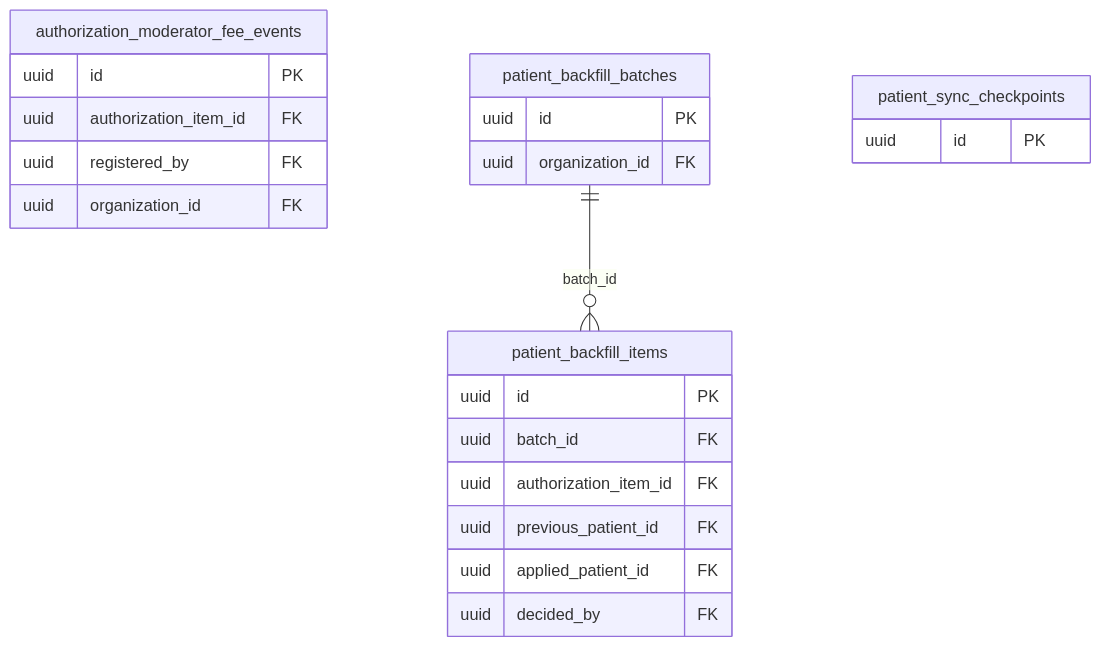
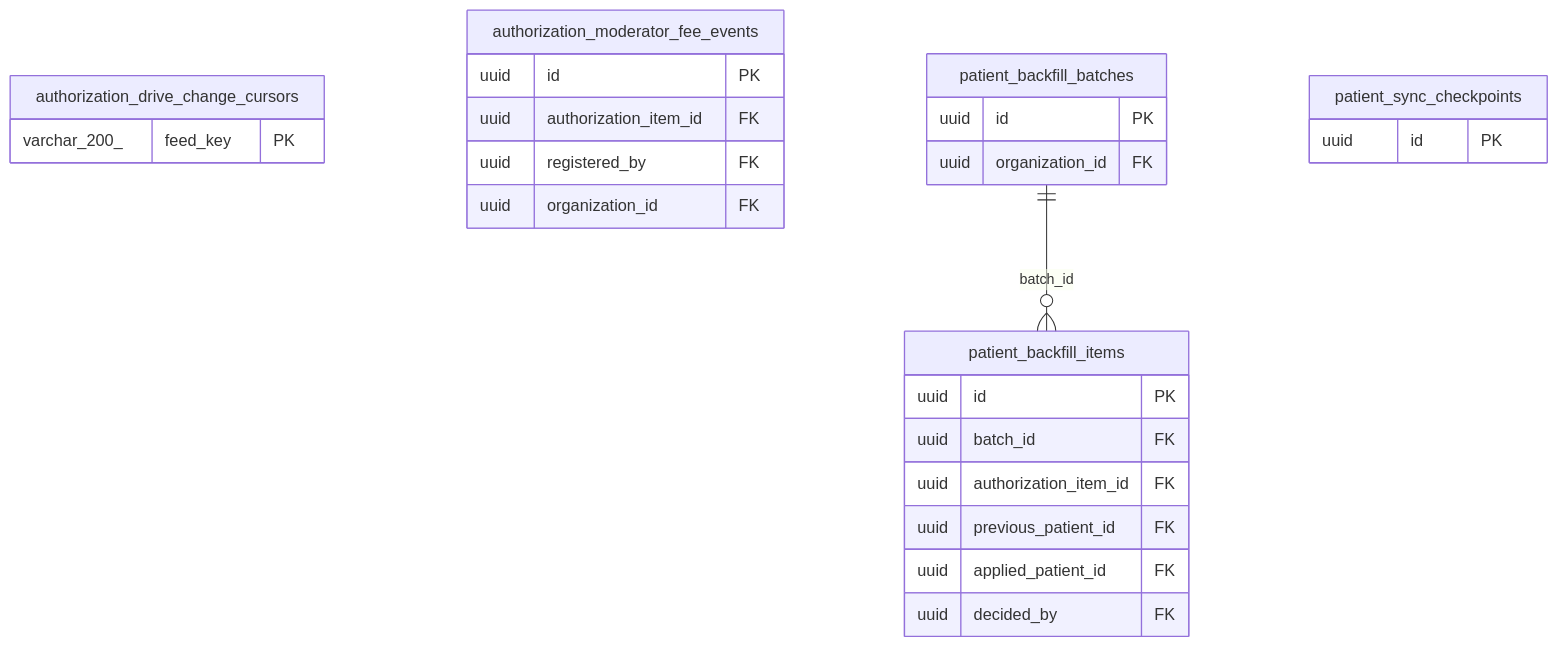
Before and after one commit to andresalvarezb/mtd-olp-medicarte: the diagram in docs/base-de-datos/diagramas/otros.mmd, drawn with Mermaid. The commit also changed 11 other files, not shown here.

```diff
--- a/docs/base-de-datos/diagramas/otros.mmd
+++ b/docs/base-de-datos/diagramas/otros.mmd
@@ -1,24 +1,27 @@
 erDiagram
+  authorization_drive_change_cursors {
+    varchar_200_ feed_key PK
+  }
   authorization_moderator_fee_events {
     uuid id PK
     uuid authorization_item_id FK
     uuid registered_by FK
     uuid organization_id FK
   }
   patient_backfill_batches {
     uuid id PK
     uuid organization_id FK
   }
   patient_backfill_items {
     uuid id PK
     uuid batch_id FK
     uuid authorization_item_id FK
     uuid previous_patient_id FK
     uuid applied_patient_id FK
     uuid decided_by FK
   }
   patient_sync_checkpoints {
     uuid id PK
   }
   patient_backfill_batches ||--o{ patient_backfill_items : "batch_id"
   %% Relaciones entre dominios: consultar schema-index.json / catálogo generado.
```
